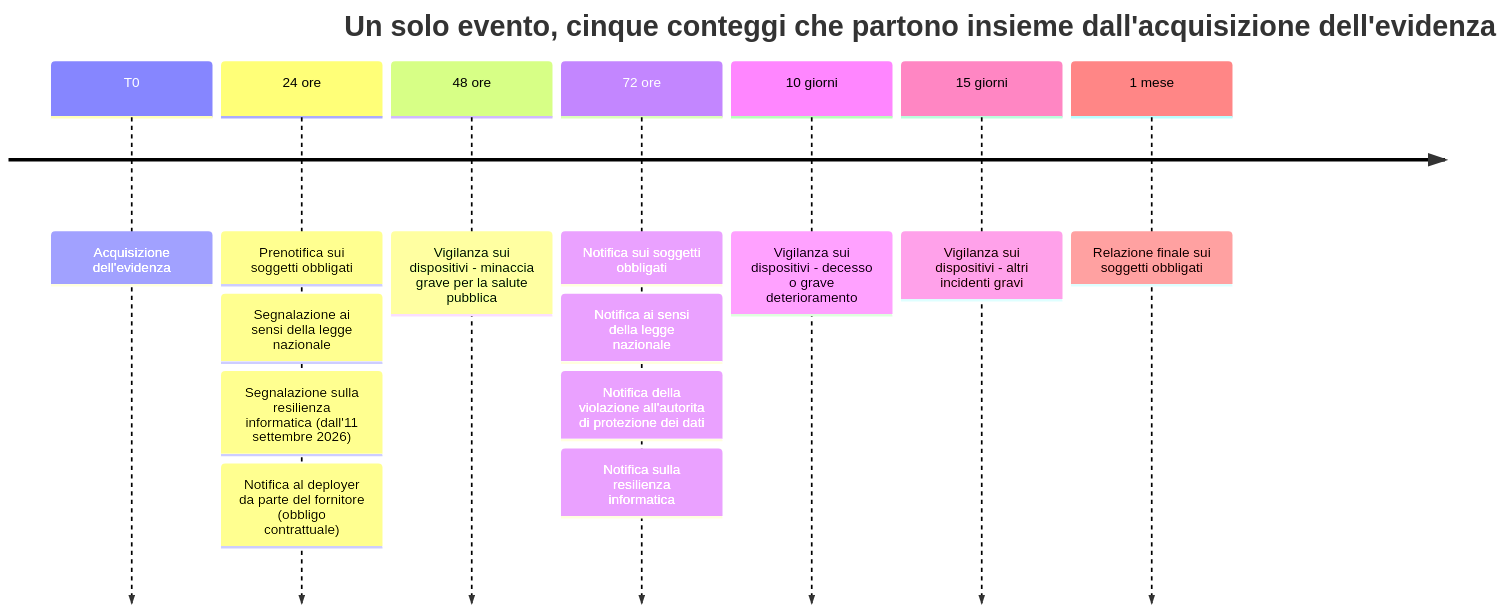
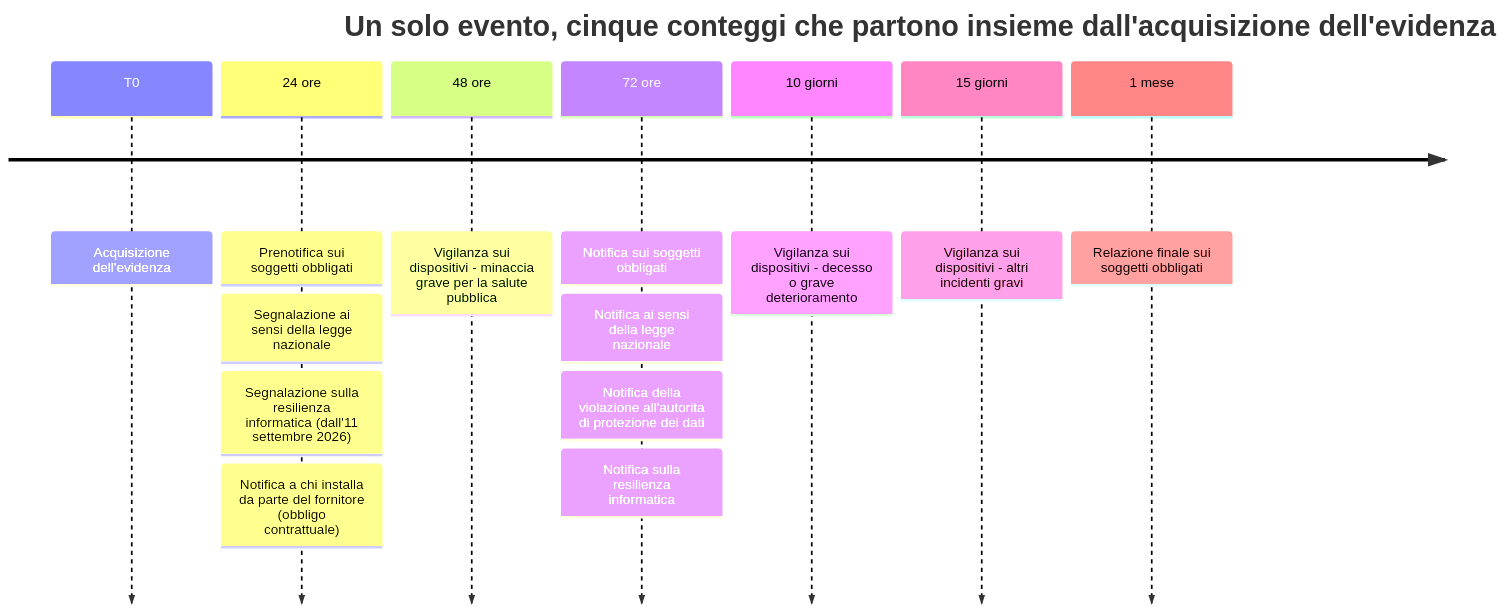
The first of 2 diagrams in docs/06_security/10-risposta-agli-incidenti.md (fedcal/Telemedic), drawn with Mermaid before and after one commit. The commit also changed other lines of this file and 301 other files, not shown here.

````diff
--- a/docs/06_security/10-risposta-agli-incidenti.md
+++ b/docs/06_security/10-risposta-agli-incidenti.md
@@ -34,17 +34,17 @@
 ```mermaid
 timeline
     title Un solo evento, cinque conteggi che partono insieme dall'acquisizione dell'evidenza
     T0 : Acquisizione dell'evidenza
     24 ore : Prenotifica sui soggetti obbligati
            : Segnalazione ai sensi della legge nazionale
            : Segnalazione sulla resilienza informatica (dall'11 settembre 2026)
-           : Notifica al deployer da parte del fornitore (obbligo contrattuale)
+           : Notifica a chi installa da parte del fornitore (obbligo contrattuale)
     48 ore : Vigilanza sui dispositivi - minaccia grave per la salute pubblica
     72 ore : Notifica sui soggetti obbligati
            : Notifica ai sensi della legge nazionale
            : Notifica della violazione all'autorita di protezione dei dati
            : Notifica sulla resilienza informatica
     10 giorni : Vigilanza sui dispositivi - decesso o grave deterioramento
     15 giorni : Vigilanza sui dispositivi - altri incidenti gravi
     1 mese : Relazione finale sui soggetti obbligati
 ```
````
